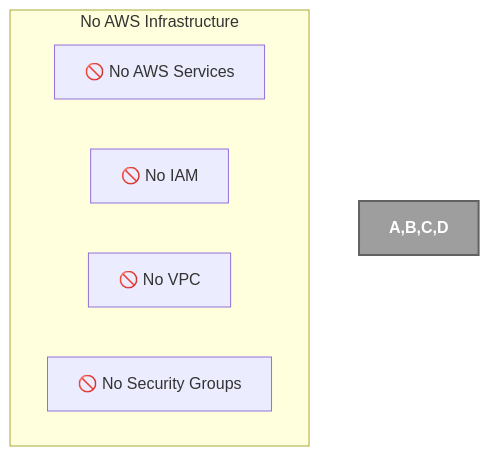
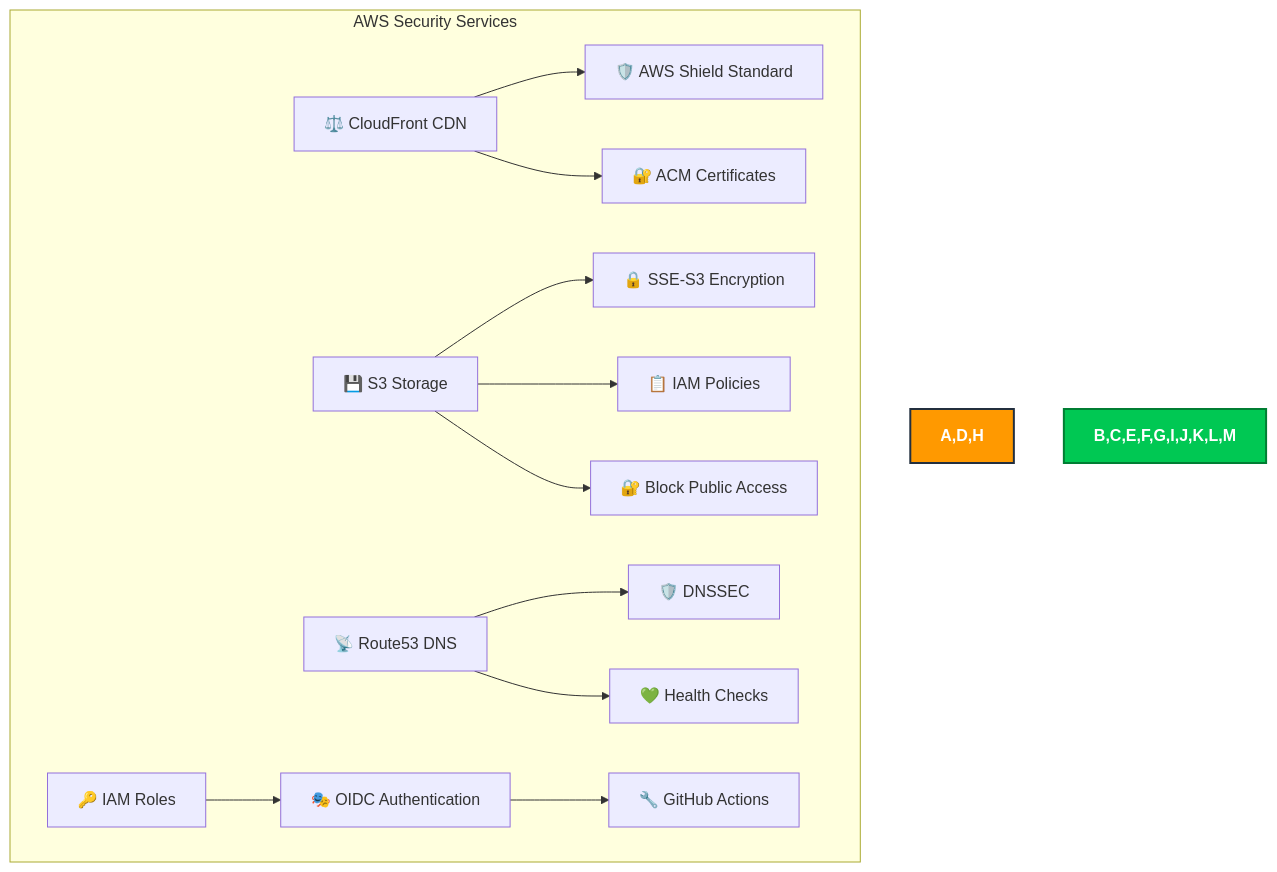
Before and after one commit to Hack23/blacktrigram: the tenth of 22 diagrams in docs/api/media/SECURITY_ARCHITECTURE.md, drawn with Mermaid. The commit also changed other lines of this file and 1932 other files, not shown here.

````diff
--- a/docs/api/media/SECURITY_ARCHITECTURE.md
+++ b/docs/api/media/SECURITY_ARCHITECTURE.md
@@ -438,11 +481,20 @@
 ```mermaid
 graph TD
-    subgraph "No AWS Infrastructure"
-        A[🚫 No AWS Services]
-        B[🚫 No IAM]
-        C[🚫 No VPC]
-        D[🚫 No Security Groups]
+    subgraph "AWS Security Services"
+        A[⚖️ CloudFront CDN] --> B[🛡️ AWS Shield Standard]
+        A --> C[🔐 ACM Certificates]
+        
+        D[💾 S3 Storage] --> E[🔒 SSE-S3 Encryption]
+        D --> F[📋 IAM Policies]
+        D --> G[🔐 Block Public Access]
+        
+        H[📡 Route53 DNS] --> I[🛡️ DNSSEC]
+        H --> J[💚 Health Checks]
+        
+        K[🔑 IAM Roles] --> L[🎭 OIDC Authentication]
+        L --> M[🔧 GitHub Actions]
     end
 
-    style A,B,C,D fill:#9E9E9E,stroke:#616161,stroke-width:2px,color:white,font-weight:bold
+    style A,D,H fill:#FF9900,stroke:#232F3E,stroke-width:2px,color:white,font-weight:bold
+    style B,C,E,F,G,I,J,K,L,M fill:#00C853,stroke:#007E33,stroke-width:2px,color:white,font-weight:bold
 ```
````
